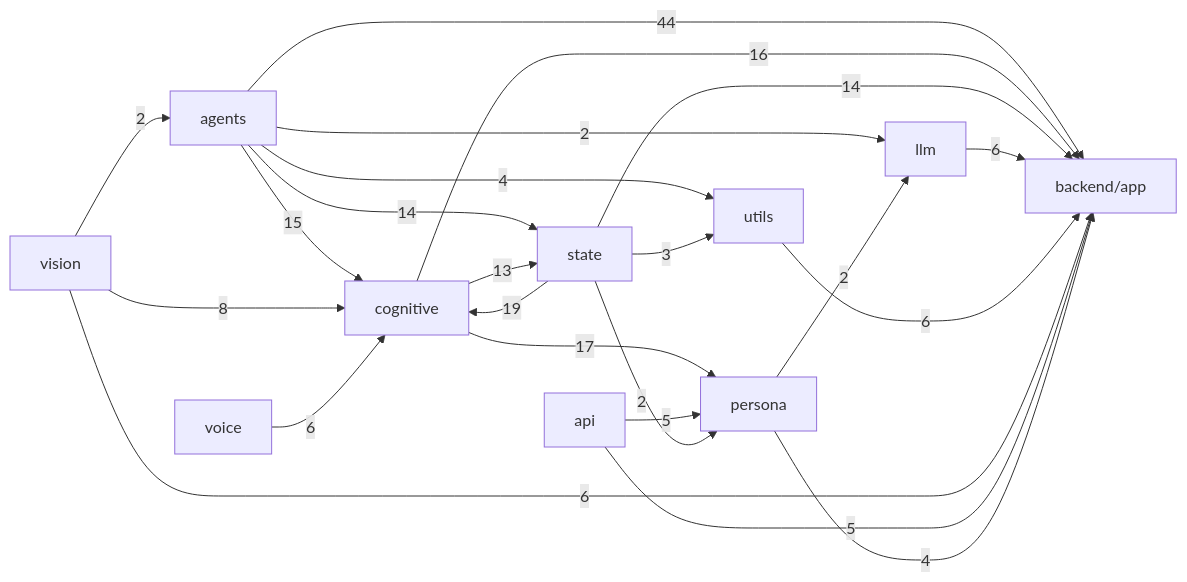
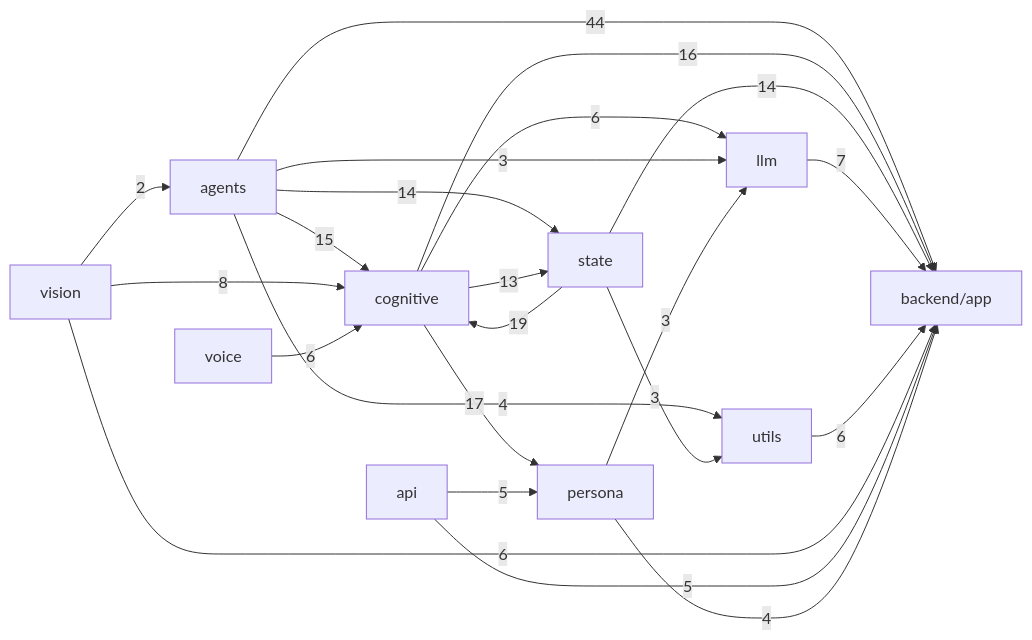
The first of 2 diagrams in docs/engineering/repo-intel/ARCHITECTURE_MAP.md (PALabs-v1/AI_friend), drawn with Mermaid before and after one commit. The commit also changed other lines of this file and 24 other files, not shown here.

````diff
--- a/docs/engineering/repo-intel/ARCHITECTURE_MAP.md
+++ b/docs/engineering/repo-intel/ARCHITECTURE_MAP.md
@@ -71,25 +71,25 @@
 ```mermaid
 flowchart LR
   backend_app_agents["agents"] -->|44| backend_app["backend/app"]
   backend_app_state["state"] -->|19| backend_app_cognitive["cognitive"]
   backend_app_cognitive["cognitive"] -->|17| backend_app_persona["persona"]
   backend_app_cognitive["cognitive"] -->|16| backend_app["backend/app"]
   backend_app_agents["agents"] -->|15| backend_app_cognitive["cognitive"]
   backend_app_state["state"] -->|14| backend_app["backend/app"]
   backend_app_agents["agents"] -->|14| backend_app_state["state"]
   backend_app_cognitive["cognitive"] -->|13| backend_app_state["state"]
   backend_app_vision["vision"] -->|8| backend_app_cognitive["cognitive"]
+  backend_app_llm["llm"] -->|7| backend_app["backend/app"]
   backend_app_voice["voice"] -->|6| backend_app_cognitive["cognitive"]
-  backend_app_llm["llm"] -->|6| backend_app["backend/app"]
   backend_app_utils["utils"] -->|6| backend_app["backend/app"]
   backend_app_vision["vision"] -->|6| backend_app["backend/app"]
+  backend_app_cognitive["cognitive"] -->|6| backend_app_llm["llm"]
   backend_app_api["api"] -->|5| backend_app["backend/app"]
   backend_app_api["api"] -->|5| backend_app_persona["persona"]
   backend_app_persona["persona"] -->|4| backend_app["backend/app"]
   backend_app_agents["agents"] -->|4| backend_app_utils["utils"]
+  backend_app_agents["agents"] -->|3| backend_app_llm["llm"]
+  backend_app_persona["persona"] -->|3| backend_app_llm["llm"]
   backend_app_state["state"] -->|3| backend_app_utils["utils"]
   backend_app_vision["vision"] -->|2| backend_app_agents["agents"]
-  backend_app_agents["agents"] -->|2| backend_app_llm["llm"]
-  backend_app_persona["persona"] -->|2| backend_app_llm["llm"]
-  backend_app_state["state"] -->|2| backend_app_persona["persona"]
 ```
````
